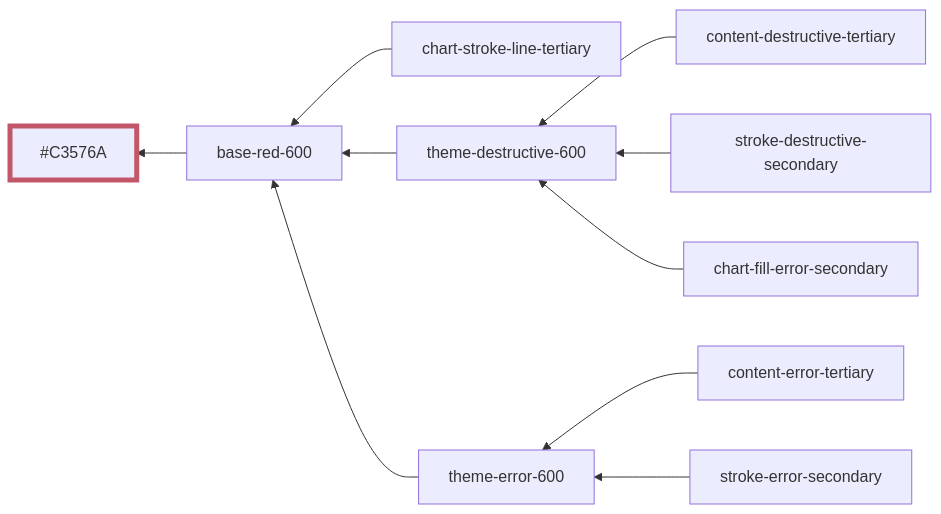
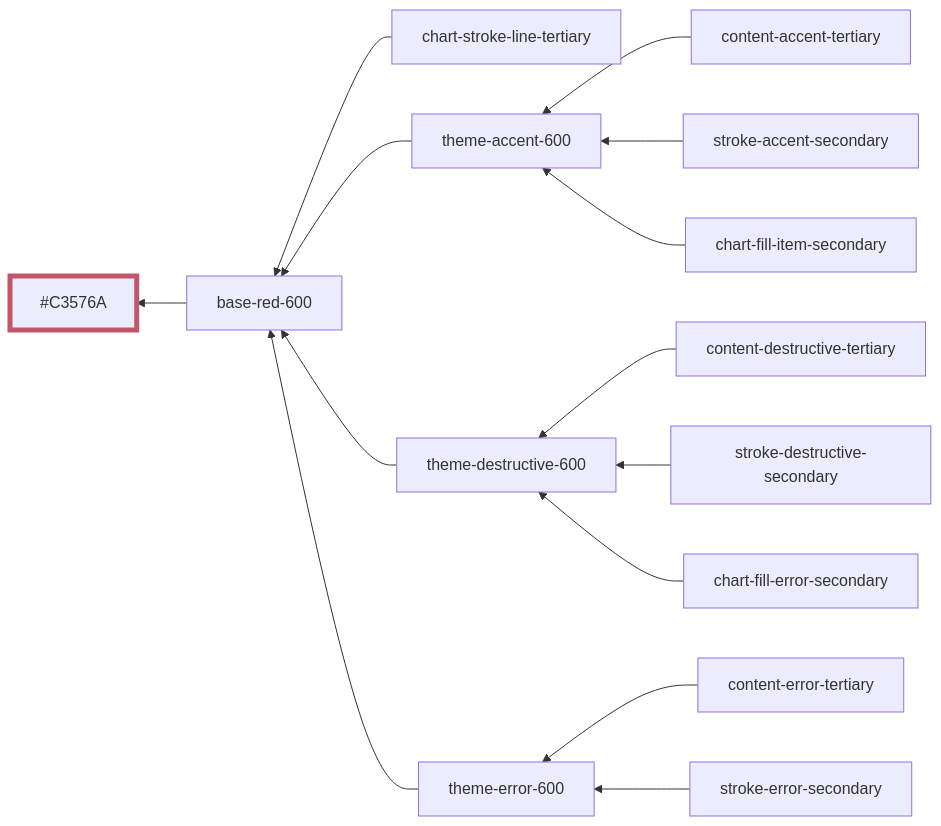
Before and after one commit to oxidecomputer/design-system: diagram 22 of 51 in styles/dist/red.md, drawn with Mermaid. The commit also changed other lines of this file and 2 other files, not shown here.

Commit message:
Fix red theme

````diff
--- a/styles/dist/red.md
+++ b/styles/dist/red.md
@@ -281,14 +268,18 @@
 ```mermaid
 graph RL
   base-red-600 --> #C3576A:::base-red-600
+  content-accent-tertiary --> theme-accent-600
   content-destructive-tertiary --> theme-destructive-600
   content-error-tertiary --> theme-error-600
+  stroke-accent-secondary --> theme-accent-600
   stroke-destructive-secondary --> theme-destructive-600
   stroke-error-secondary --> theme-error-600
+  chart-fill-item-secondary --> theme-accent-600
   chart-fill-error-secondary --> theme-destructive-600
   chart-stroke-line-tertiary --> base-red-600
+  theme-accent-600 --> base-red-600
   theme-destructive-600 --> base-red-600
   theme-error-600 --> base-red-600
 
 	classDef base-red-600 stroke-width:5,stroke:#C3576A
 ```
````
